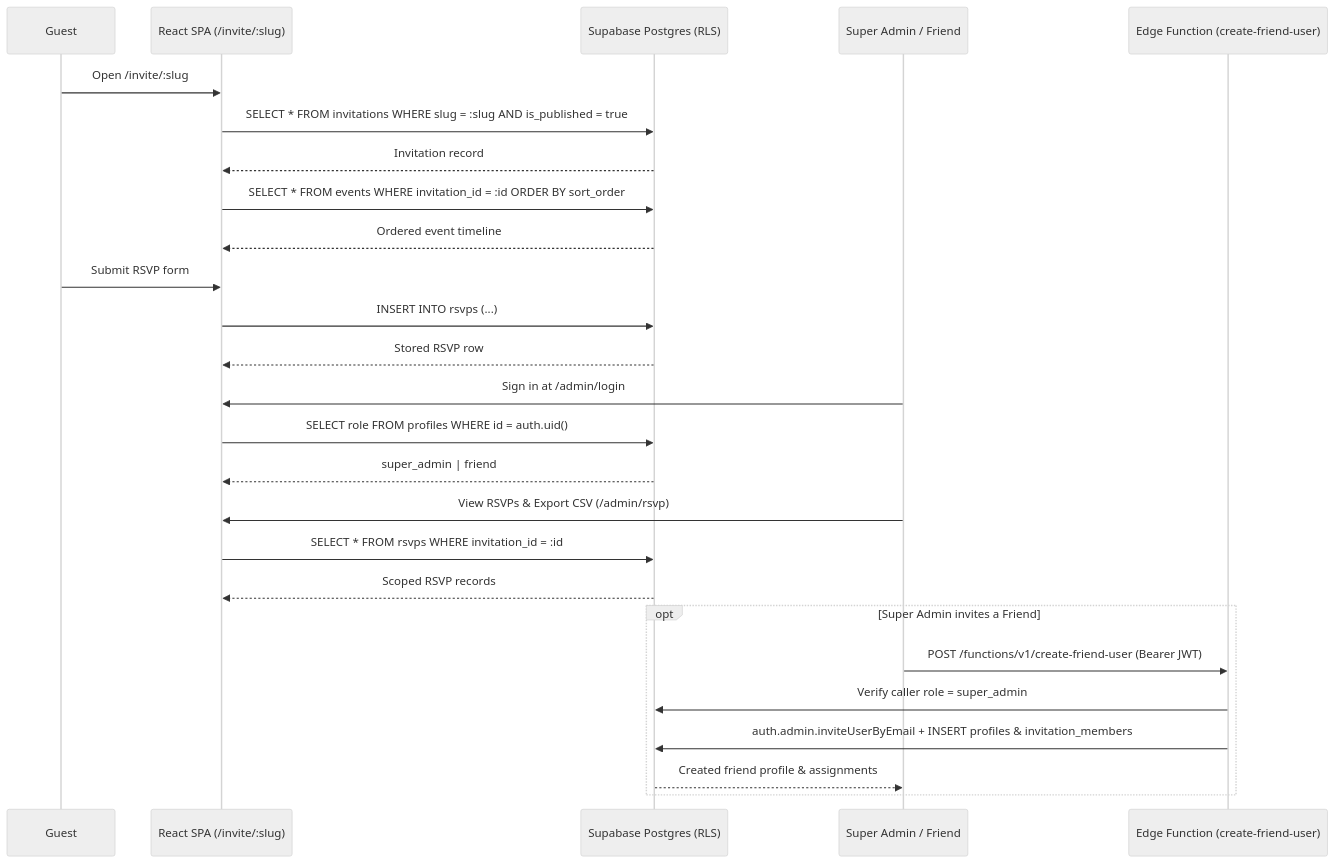
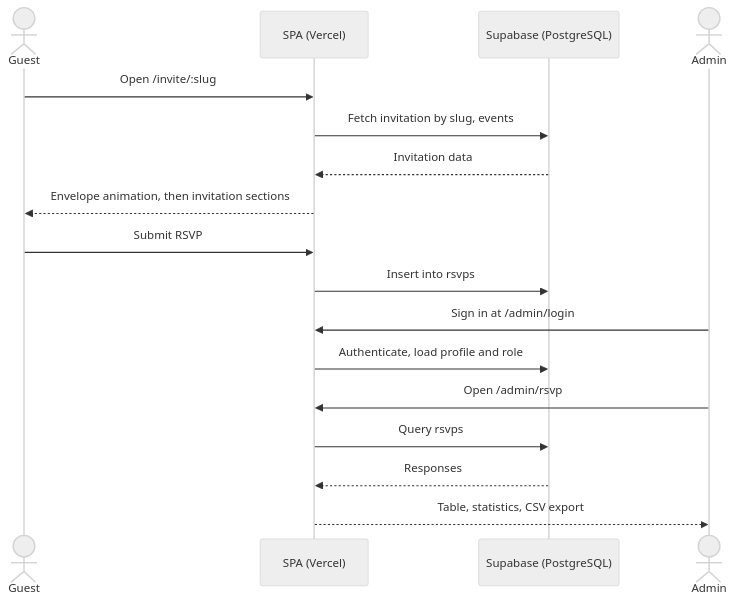
One commit to akramiyi/nikah-invitation changed the second of 2 diagrams in README.md. Above: the diagram before and after it, drawn with Mermaid (neutral theme). The commit also changed other lines of this file, not shown here.

````diff
--- a/README.md
+++ b/README.md
@@ -236,31 +173,20 @@
 ```mermaid
 sequenceDiagram
-    participant G as Guest
-    participant FE as React SPA (/invite/:slug)
-    participant DB as Supabase Postgres (RLS)
-    participant A as Super Admin / Friend
-    participant EF as Edge Function (create-friend-user)
+    actor G as Guest
+    participant S as SPA (Vercel)
+    participant D as Supabase (PostgreSQL)
+    actor A as Admin
 
-    G->>FE: Open /invite/:slug
-    FE->>DB: SELECT * FROM invitations WHERE slug = :slug AND is_published = true
-    DB-->>FE: Invitation record
-    FE->>DB: SELECT * FROM events WHERE invitation_id = :id ORDER BY sort_order
-    DB-->>FE: Ordered event timeline
-    G->>FE: Submit RSVP form
-    FE->>DB: INSERT INTO rsvps (...)
-    DB-->>FE: Stored RSVP row
-
-    A->>FE: Sign in at /admin/login
-    FE->>DB: SELECT role FROM profiles WHERE id = auth.uid()
-    DB-->>FE: super_admin | friend
-    A->>FE: View RSVPs & Export CSV (/admin/rsvp)
-    FE->>DB: SELECT * FROM rsvps WHERE invitation_id = :id
-    DB-->>FE: Scoped RSVP records
-
-    opt Super Admin invites a Friend
-        A->>EF: POST /functions/v1/create-friend-user (Bearer JWT)
-        EF->>DB: Verify caller role = super_admin
-        EF->>DB: auth.admin.inviteUserByEmail + INSERT profiles & invitation_members
-        DB-->>A: Created friend profile & assignments
-    end
+    G->>S: Open /invite/:slug
+    S->>D: Fetch invitation by slug, events
+    D-->>S: Invitation data
+    S-->>G: Envelope animation, then invitation sections
+    G->>S: Submit RSVP
+    S->>D: Insert into rsvps
+    A->>S: Sign in at /admin/login
+    S->>D: Authenticate, load profile and role
+    A->>S: Open /admin/rsvp
+    S->>D: Query rsvps
+    D-->>S: Responses
+    S-->>A: Table, statistics, CSV export
 ```
````
